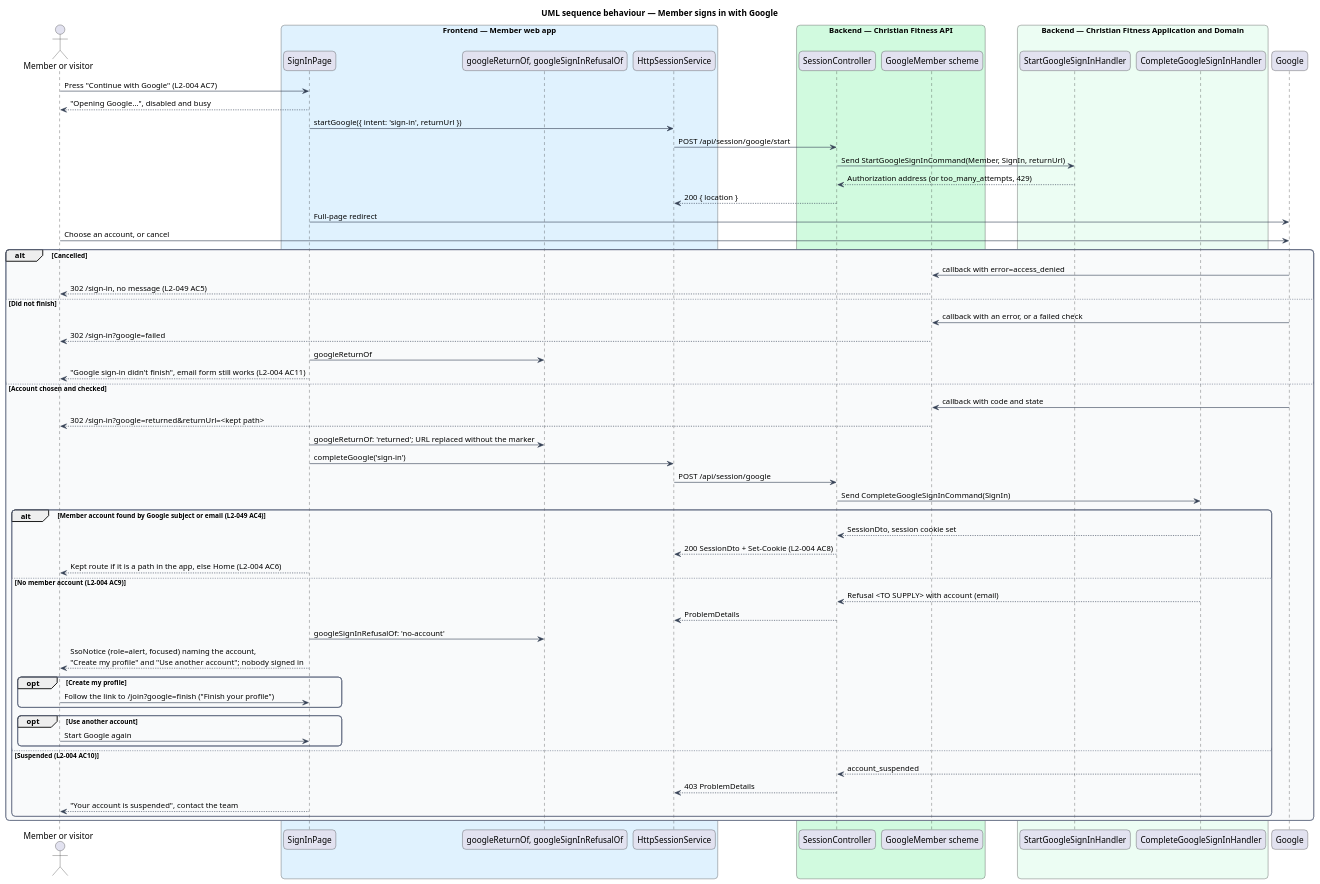
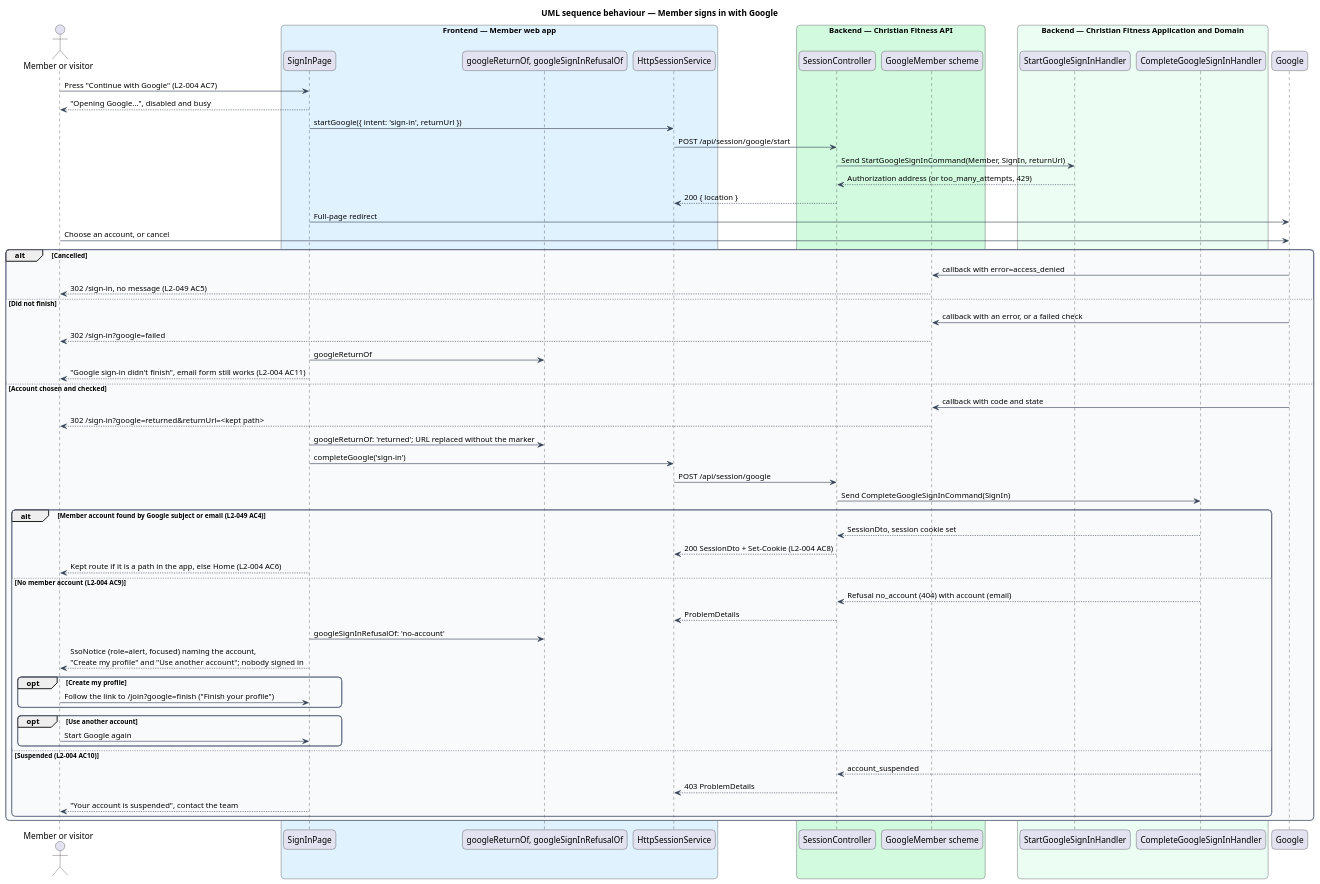
The diagram in docs/detailed-designs/member-access/sign-in-and-out/diagrams/sequence-sign-in-with-google.puml (QuinntyneBrown/christian-fitness), drawn with PlantUML before and after one commit. The commit also changed 13 other files, not shown here.

```diff
--- a/docs/detailed-designs/member-access/sign-in-and-out/diagrams/sequence-sign-in-with-google.puml
+++ b/docs/detailed-designs/member-access/sign-in-and-out/diagrams/sequence-sign-in-with-google.puml
@@ -1,77 +1,77 @@
 @startuml
 title UML sequence behaviour — Member signs in with Google
 skinparam backgroundColor #FFFFFF
 skinparam shadowing false
 skinparam roundcorner 12
 skinparam defaultFontName Arial
 skinparam ArrowColor #344054
 skinparam rectangle {
   BorderColor #344054
   FontColor #101828
 }
 skinparam package {
   BorderColor #667085
   FontColor #101828
   BackgroundColor #F9FAFB
 }
 actor "Member or visitor" as actor
 box "Frontend — Member web app" #E0F2FE
   participant "SignInPage" as page
   participant "googleReturnOf, googleSignInRefusalOf" as dom
   participant "HttpSessionService" as client
 end box
 box "Backend — Christian Fitness API" #D1FADF
   participant "SessionController" as ctrl
   participant "GoogleMember scheme" as oidc
 end box
 box "Backend — Christian Fitness Application and Domain" #ECFDF3
   participant "StartGoogleSignInHandler" as start
   participant "CompleteGoogleSignInHandler" as h
 end box
 participant "Google" as google
 actor -> page : Press "Continue with Google" (L2-004 AC7)
 page --> actor : "Opening Google…", disabled and busy
 page -> client : startGoogle({ intent: 'sign-in', returnUrl })
 client -> ctrl : POST /api/session/google/start
 ctrl -> start : Send StartGoogleSignInCommand(Member, SignIn, returnUrl)
 start --> ctrl : Authorization address (or too_many_attempts, 429)
 ctrl --> client : 200 { location }
 page -> google : Full-page redirect
 actor -> google : Choose an account, or cancel
 alt Cancelled
   google -> oidc : callback with error=access_denied
   oidc --> actor : 302 /sign-in, no message (L2-049 AC5)
 else Did not finish
   google -> oidc : callback with an error, or a failed check
   oidc --> actor : 302 /sign-in?google=failed
   page -> dom : googleReturnOf
   page --> actor : "Google sign-in didn't finish", email form still works (L2-004 AC11)
 else Account chosen and checked
   google -> oidc : callback with code and state
   oidc --> actor : 302 /sign-in?google=returned&returnUrl=<kept path>
   page -> dom : googleReturnOf: 'returned'; URL replaced without the marker
   page -> client : completeGoogle('sign-in')
   client -> ctrl : POST /api/session/google
   ctrl -> h : Send CompleteGoogleSignInCommand(SignIn)
   alt Member account found by Google subject or email (L2-049 AC4)
     h --> ctrl : SessionDto, session cookie set
     ctrl --> client : 200 SessionDto + Set-Cookie (L2-004 AC8)
     page --> actor : Kept route if it is a path in the app, else Home (L2-004 AC6)
   else No member account (L2-004 AC9)
-    h --> ctrl : Refusal <TO SUPPLY> with account (email)
+    h --> ctrl : Refusal no_account (404) with account (email)
     ctrl --> client : ProblemDetails
     page -> dom : googleSignInRefusalOf: 'no-account'
     page --> actor : SsoNotice (role=alert, focused) naming the account,\n"Create my profile" and "Use another account"; nobody signed in
     opt Create my profile
       actor -> page : Follow the link to /join?google=finish ("Finish your profile")
     end
     opt Use another account
       actor -> page : Start Google again
     end
   else Suspended (L2-004 AC10)
     h --> ctrl : account_suspended
     ctrl --> client : 403 ProblemDetails
     page --> actor : "Your account is suspended", contact the team
   end
 end
 @enduml
```
